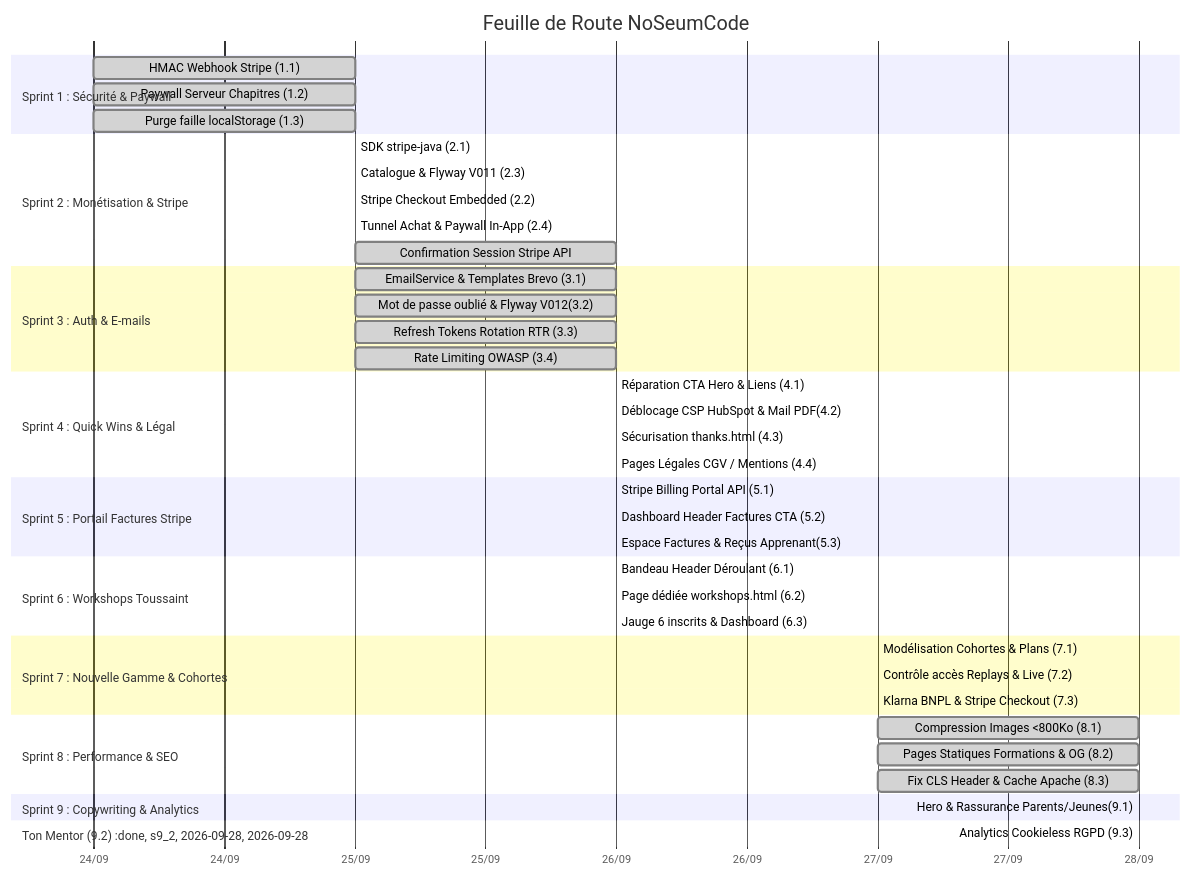
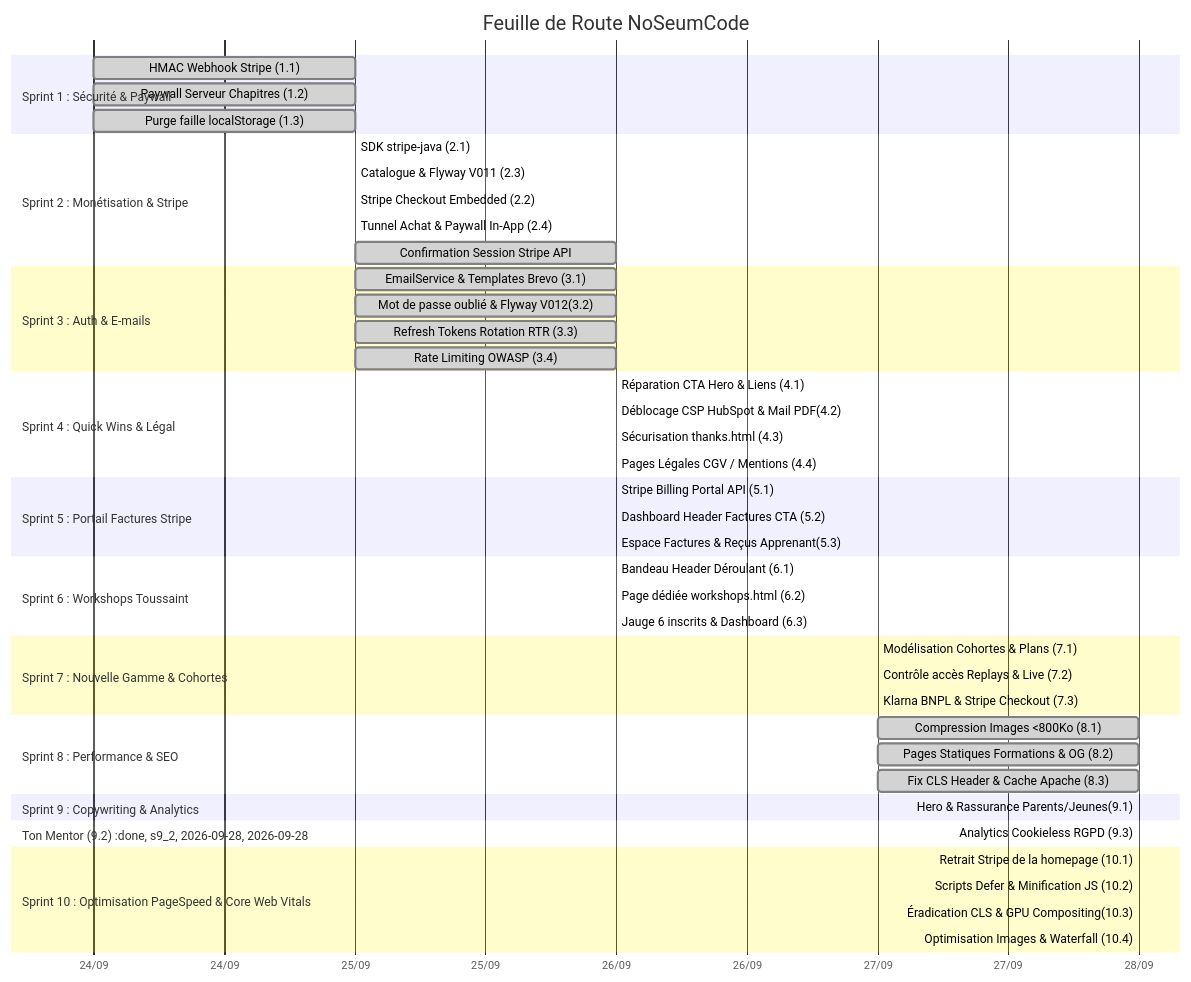
The diagram in docs/ai/ROADMAP.md (cedricrgt/noSeumCode), drawn with Mermaid before and after one commit. The commit also changed other lines of this file and 37 other files, not shown here.

First line of the commit message:
feat: optimize pagespeed and core web vitals performance

````diff
--- a/docs/ai/ROADMAP.md
+++ b/docs/ai/ROADMAP.md
@@ -26,55 +27,61 @@
 ```mermaid
 gantt
     title Feuille de Route NoSeumCode
     dateFormat  YYYY-MM-DD
     axisFormat  %d/%m
 
     section Sprint 1 : Sécurité & Paywall
     HMAC Webhook Stripe (1.1)            :done, s1_1, 2026-09-24, 2026-09-25
     Paywall Serveur Chapitres (1.2)      :done, s1_2, 2026-09-24, 2026-09-25
     Purge faille localStorage (1.3)      :done, s1_3, 2026-09-24, 2026-09-25
 
     section Sprint 2 : Monétisation & Stripe
     SDK stripe-java (2.1)                :done, s2_1, 2026-09-25, 2026-09-25
     Catalogue & Flyway V011 (2.3)        :done, s2_2, 2026-09-25, 2026-09-25
     Stripe Checkout Embedded (2.2)       :done, s2_3, 2026-09-25, 2026-09-25
     Tunnel Achat & Paywall In-App (2.4)  :done, s2_4, 2026-09-25, 2026-09-25
     Confirmation Session Stripe API      :done, s2_5, 2026-09-25, 2026-09-26
 
     section Sprint 3 : Auth & E-mails
     EmailService & Templates Brevo (3.1) :done, s3_1, 2026-09-25, 2026-09-26
     Mot de passe oublié & Flyway V012(3.2):done, s3_2, 2026-09-25, 2026-09-26
     Refresh Tokens Rotation RTR (3.3)    :done, s3_3, 2026-09-25, 2026-09-26
     Rate Limiting OWASP (3.4)            :done, s3_4, 2026-09-25, 2026-09-26
 
     section Sprint 4 : Quick Wins & Légal
     Réparation CTA Hero & Liens (4.1)    :done, s4_1, 2026-09-26, 2026-09-26
     Déblocage CSP HubSpot & Mail PDF(4.2):done, s4_2, 2026-09-26, 2026-09-26
     Sécurisation thanks.html (4.3)       :done, s4_3, 2026-09-26, 2026-09-26
     Pages Légales CGV / Mentions (4.4)   :done, s4_4, 2026-09-26, 2026-09-26
 
     section Sprint 5 : Portail Factures Stripe
     Stripe Billing Portal API (5.1)      :done, s5_1, 2026-09-26, 2026-09-26
     Dashboard Header Factures CTA (5.2)  :done, s5_2, 2026-09-26, 2026-09-26
     Espace Factures & Reçus Apprenant(5.3):done, s5_3, 2026-09-26, 2026-09-26
 
     section Sprint 6 : Workshops Toussaint
     Bandeau Header Déroulant (6.1)       :done, s6_1, 2026-09-26, 2026-09-26
     Page dédiée workshops.html (6.2)     :done, s6_2, 2026-09-26, 2026-09-26
     Jauge 6 inscrits & Dashboard (6.3)   :done, s6_3, 2026-09-26, 2026-09-26
 
     section Sprint 7 : Nouvelle Gamme & Cohortes
     Modélisation Cohortes & Plans (7.1)  :done, s7_1, 2026-09-27, 2026-09-27
     Contrôle accès Replays & Live (7.2)  :done, s7_2, 2026-09-27, 2026-09-27
     Klarna BNPL & Stripe Checkout (7.3)  :done, s7_3, 2026-09-27, 2026-09-27
 
     section Sprint 8 : Performance & SEO
     Compression Images <800Ko (8.1)      :done, s8_1, 2026-09-27, 2026-09-28
     Pages Statiques Formations & OG (8.2):done, s8_2, 2026-09-27, 2026-09-28
     Fix CLS Header & Cache Apache (8.3)  :done, s8_3, 2026-09-27, 2026-09-28
 
     section Sprint 9 : Copywriting & Analytics
     Hero & Rassurance Parents/Jeunes(9.1):done, s9_1, 2026-09-28, 2026-09-28
     Section Ton Mentor (9.2)             :done, s9_2, 2026-09-28, 2026-09-28
     Analytics Cookieless RGPD (9.3)      :done, s9_3, 2026-09-28, 2026-09-28
+
+    section Sprint 10 : Optimisation PageSpeed & Core Web Vitals
+    Retrait Stripe de la homepage (10.1) :done, s10_1, 2026-09-28, 2026-09-28
+    Scripts Defer & Minification JS (10.2):done, s10_2, 2026-09-28, 2026-09-28
+    Éradication CLS & GPU Compositing(10.3):done, s10_3, 2026-09-28, 2026-09-28
+    Optimisation Images & Waterfall (10.4):done, s10_4, 2026-09-28, 2026-09-28
 ```
````
